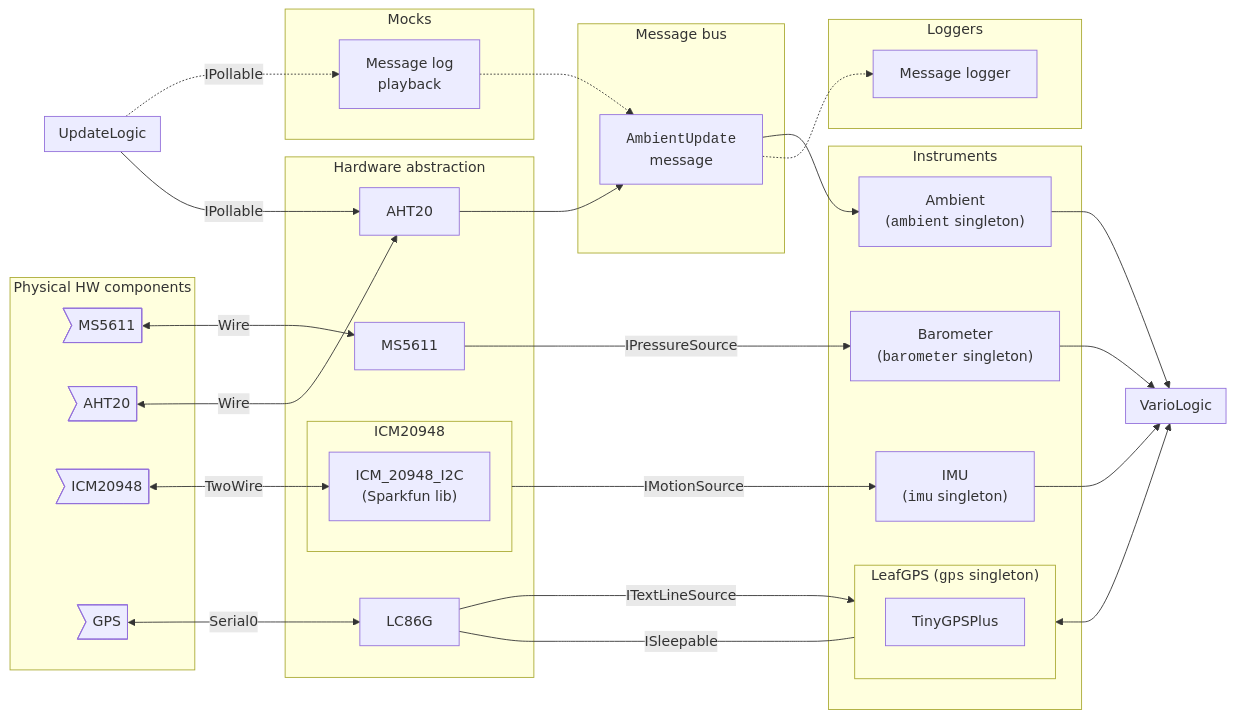
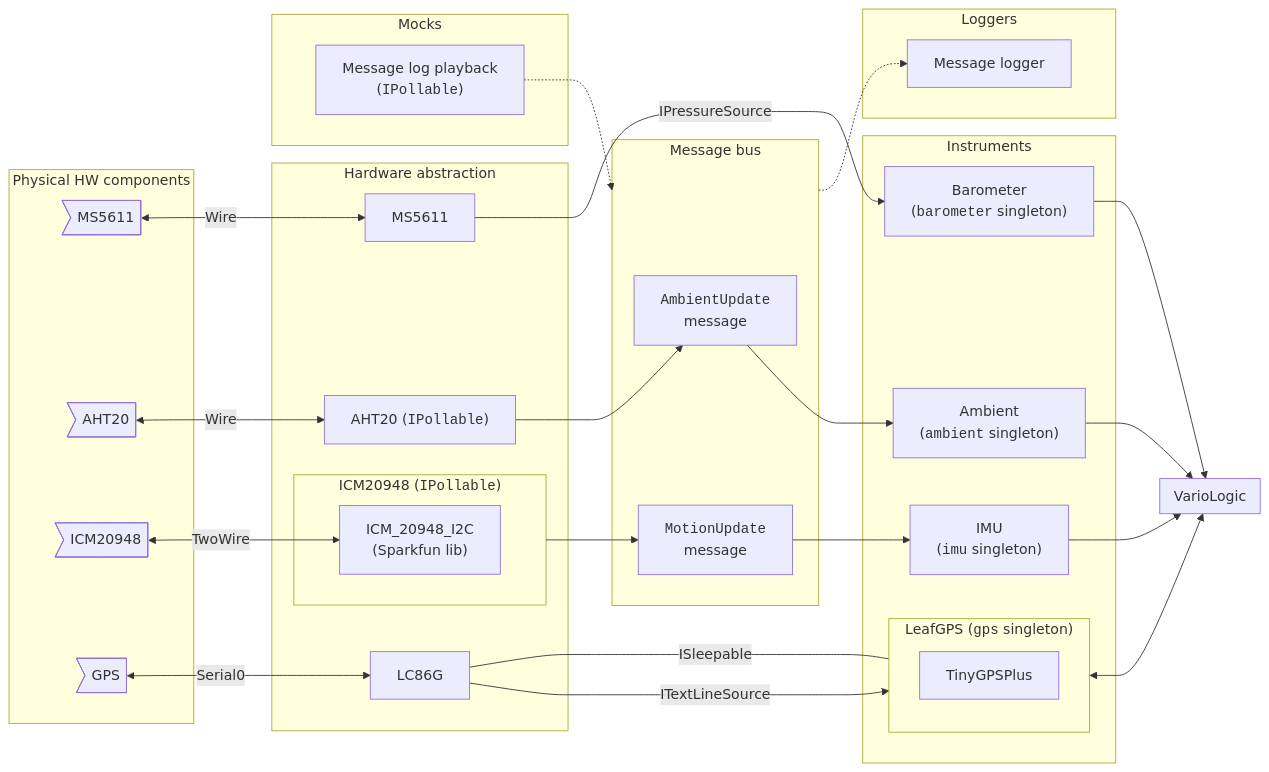
The diagram in src/vario/README.md (DangerMonkeys/leaf), drawn with Mermaid before and after one commit. The commit also changed 9 other files, not shown here.

Commit message:
Remove IMotionSource and write to message bus directly (#169)

````diff
--- a/src/vario/README.md
+++ b/src/vario/README.md
@@ -47,65 +47,58 @@
 ```mermaid
 flowchart LR
     subgraph Physical HW components
         MS5611dev>MS5611]
         AHT20dev>AHT20]
         ICM20948dev>ICM20948]
         GPSdev>GPS]
     end
 
     subgraph Hardware abstraction
-        AHT20hw["AHT20"]
+        AHT20hw["AHT20 (<code>IPollable</code>)"]
         MS5611["MS5611"]
-        subgraph ICM20948
+        subgraph ICM20948["ICM20948 (<code>IPollable</code>)"]
             ICM_20948_I2C
         end
         LC86G
     end
 
     subgraph Mocks
-        MessagePlayback["Message log<br>playback"]
+        MessagePlayback["Message log playback<br>(<code>IPollable</code>)"]
     end
 
     subgraph Instruments
         Ambient["Ambient<br>(<code>ambient</code> singleton)"]
         Barometer["Barometer<br>(<code>barometer</code> singleton)"]
         IMU["IMU<br>(<code>imu</code> singleton)"]
         subgraph LeafGPS["LeafGPS (<code>gps</code> singleton)"]
             TinyGPSPlus
         end
     end
 
     subgraph Loggers
         MessageLogger["Message logger"]
     end
 
-    subgraph Message bus
+    subgraph MessageBus["Message bus"]
         AmbientUpdateMessage["<code>AmbientUpdate</code><br>message"]
-    end
-
-    subgraph UpdateLogic
+        MotionUpdateMessage["<code>MotionUpdate</code><br>message"]
     end
 
     subgraph VarioLogic
     end
-
-    UpdateLogic -.->|IPollable| MessagePlayback
-    UpdateLogic -->|IPollable| AHT20hw
 
     MS5611dev <-->|Wire| MS5611 -->|IPressureSource| Barometer
     AHT20dev <-->|Wire| AHT20hw --> AmbientUpdateMessage --> Ambient
     GPSdev <-->|Serial0| LC86G -->|ITextLineSource| LeafGPS
     LC86G ---|ISleepable| LeafGPS
 
-    MessagePlayback -.-> AmbientUpdateMessage
+    MessagePlayback -.-> MessageBus -.-> MessageLogger
 
     ICM20948dev <-->|TwoWire| ICM_20948_I2C["ICM_20948_I2C<br>(Sparkfun lib)"]
-    ICM20948 -->|IMotionSource| IMU
-
-    AmbientUpdateMessage -.-> MessageLogger
+    ICM20948 --> MotionUpdateMessage --> IMU
 
     Barometer --> VarioLogic
     IMU --> VarioLogic
     Ambient --> VarioLogic
     LeafGPS <--> VarioLogic
 ```
````
